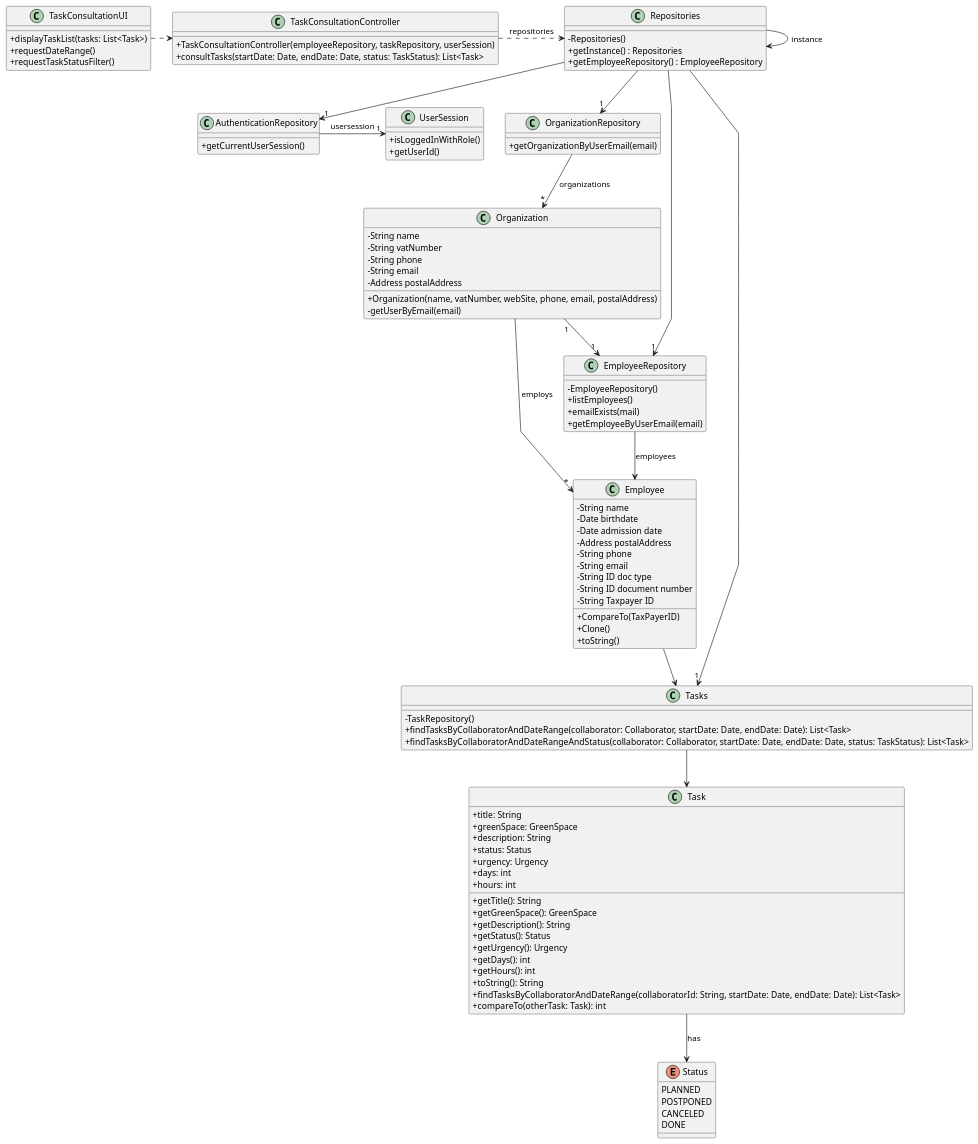
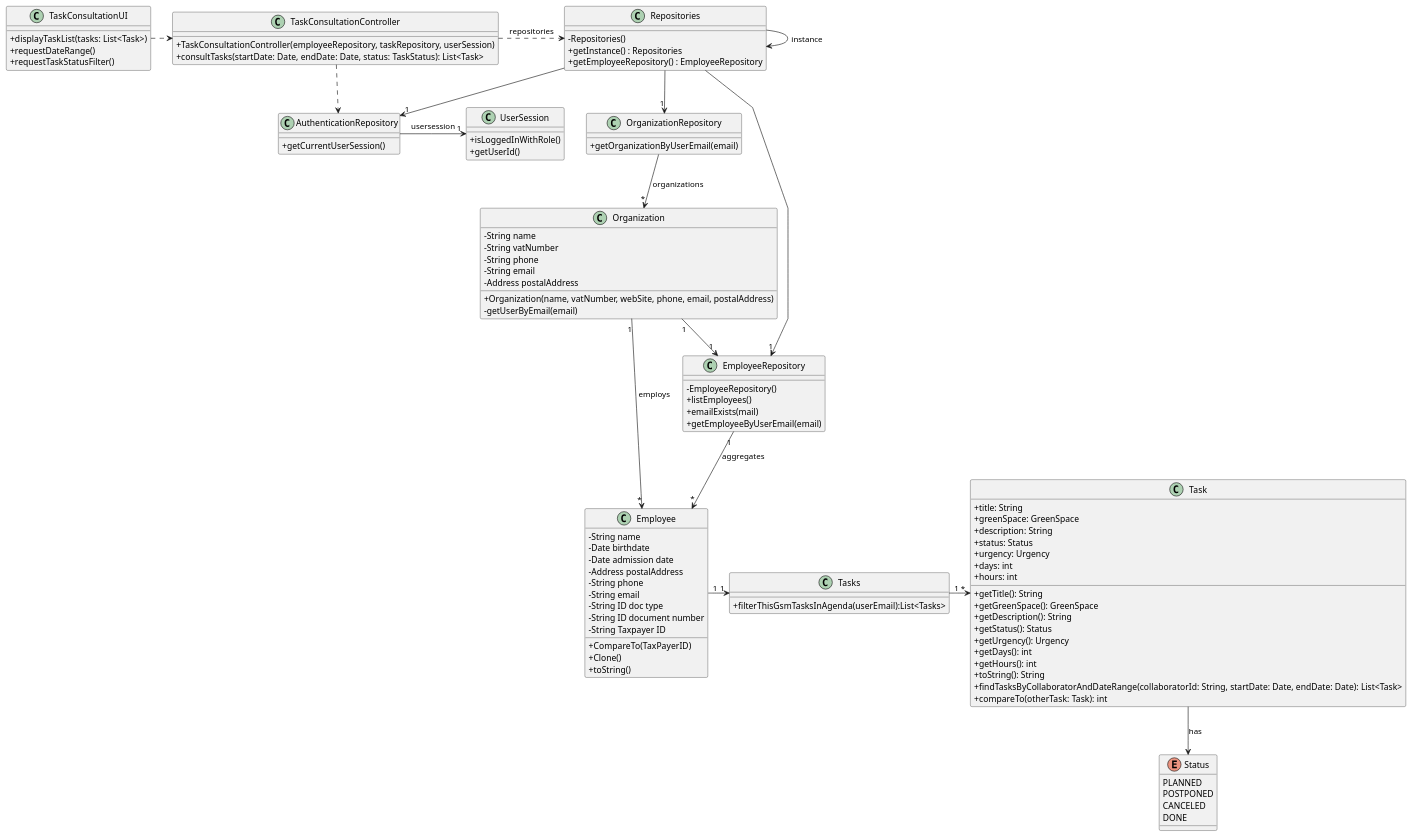
Before and after one commit to Mendoncaa/LAPR2: the diagram in docs/sprintC/US028/03.design/puml/us028-class-diagram.puml, drawn with PlantUML. The commit also changed 13 other files, not shown here.

Commit message:
Code of US28 and US29 updated; Sequence Diagram and Class Diagram Updates(US28 and US29)

```diff
--- a/docs/sprintC/US028/03.design/puml/us028-class-diagram.puml
+++ b/docs/sprintC/US028/03.design/puml/us028-class-diagram.puml
@@ -1,130 +1,128 @@
 @startuml
 'skinparam monochrome true
 skinparam packageStyle rectangle
 skinparam shadowing false
 skinparam linetype polyline
 'skinparam linetype orto
 
 skinparam classAttributeIconSize 0
 
 'left to right direction
 
 
 class TaskConsultationUI {
     + displayTaskList(tasks: List<Task>)
     + requestDateRange()
     + requestTaskStatusFilter()
 }
 
 class TaskConsultationController {
     + TaskConsultationController(employeeRepository, taskRepository, userSession)
     + consultTasks(startDate: Date, endDate: Date, status: TaskStatus): List<Task>
 }
 
 class Repositories {
     - Repositories()
     + getInstance() : Repositories
     + getEmployeeRepository() : EmployeeRepository
 }
 
 class OrganizationRepository {
     + getOrganizationByUserEmail(email)
 }
 
 class Organization {
     - String name
     - String vatNumber
     - String phone
     - String email
     - Address postalAddress
     + Organization(name, vatNumber, webSite, phone, email, postalAddress)
     - getUserByEmail(email)
 }
 
 class AuthenticationRepository {
     + getCurrentUserSession()
 }
 
 class UserSession {
     + isLoggedInWithRole()
     + getUserId()
 }
 
 class EmployeeRepository {
     - EmployeeRepository()
     + listEmployees()
     + emailExists(mail)
     + getEmployeeByUserEmail(email)
 }
 
 class Employee {
     - String name
     - Date birthdate
     - Date admission date
     - Address postalAddress
     - String phone
     - String email
     - String ID doc type
     - String ID document number
     - String Taxpayer ID
     + CompareTo(TaxPayerID)
     + Clone()
     + toString()
 }
 
 
 class Tasks {
-    - TaskRepository()
-    + findTasksByCollaboratorAndDateRange(collaborator: Collaborator, startDate: Date, endDate: Date): List<Task>
-    + findTasksByCollaboratorAndDateRangeAndStatus(collaborator: Collaborator, startDate: Date, endDate: Date, status: TaskStatus): List<Task>
+    +filterThisGsmTasksInAgenda(userEmail):List<Tasks>
 }
 
 class Task {
     + title: String
     + greenSpace: GreenSpace
     + description: String
     + status: Status
     + urgency: Urgency
     + days: int
     + hours: int
     + getTitle(): String
     + getGreenSpace(): GreenSpace
     + getDescription(): String
     + getStatus(): Status
     + getUrgency(): Urgency
     + getDays(): int
     + getHours(): int
     + toString(): String
     + findTasksByCollaboratorAndDateRange(collaboratorId: String, startDate: Date, endDate: Date): List<Task>
     + compareTo(otherTask: Task): int
 }
 
 
 enum Status {
     PLANNED
     POSTPONED
     CANCELED
     DONE
 }
 
 
 
 
 
 Repositories -> Repositories : instance
 TaskConsultationUI .> TaskConsultationController
+TaskConsultationController.> AuthenticationRepository
 Repositories --> "1" OrganizationRepository
 OrganizationRepository --> "*" Organization : organizations
 Organization "1" --> "1" EmployeeRepository
-Organization  --> "*" Employee : employs
+Organization "1" --> "*" Employee : employs
 TaskConsultationController .> Repositories : repositories
 Repositories --> "1" AuthenticationRepository
 Repositories --> "1" EmployeeRepository
-Repositories --> "1" Tasks
 AuthenticationRepository -> "1" UserSession : usersession
-EmployeeRepository --> Employee : employees
-Tasks--> Task
+EmployeeRepository "1" --> "*" Employee : aggregates
+Tasks "1" -> "*" Task
 Task --> Status : has
-Employee --> Tasks
+Employee "1" -> "1" Tasks
 
 @enduml
```
